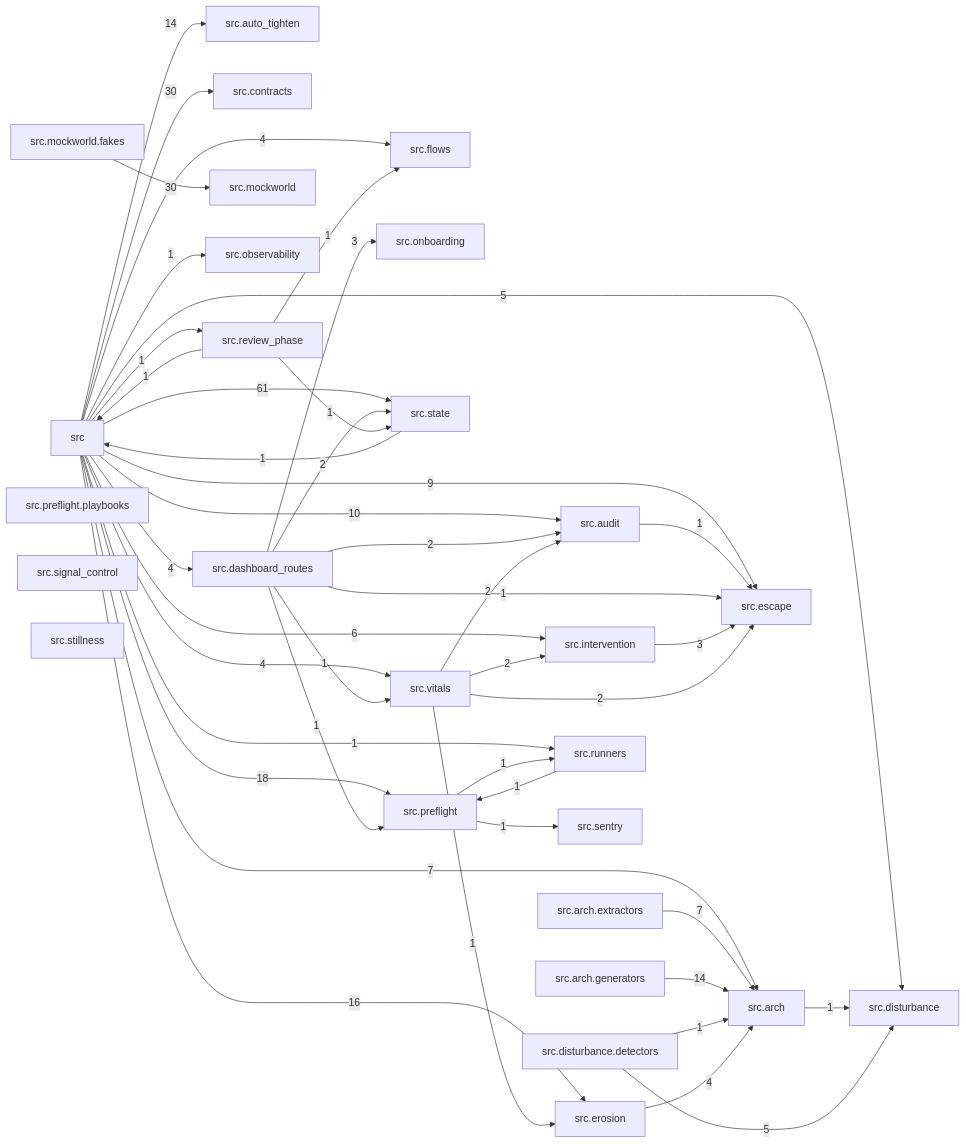
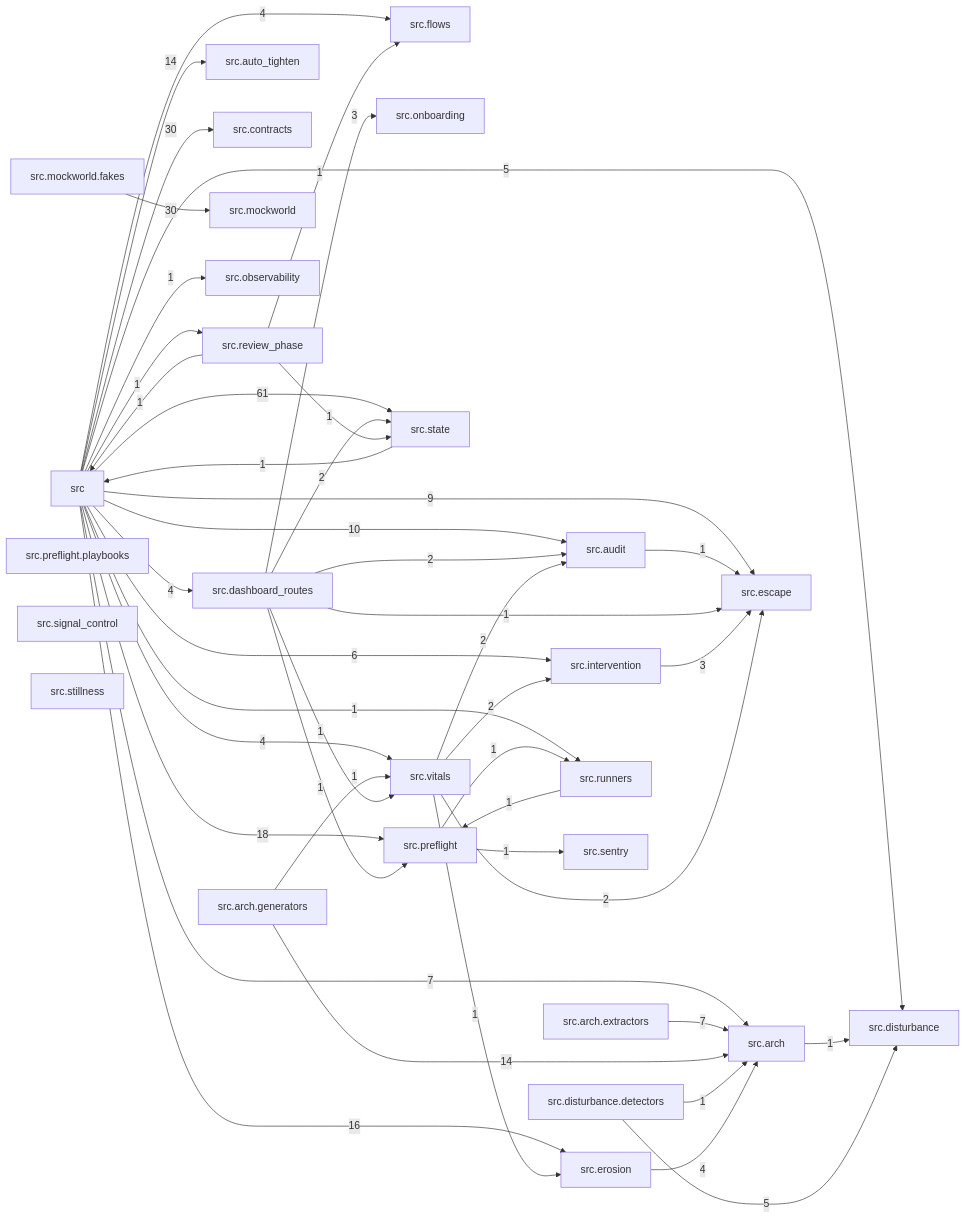
The diagram in docs/arch/generated/modules.md (T-rav/hydraflow), drawn with Mermaid before and after one commit. The commit also changed 8 other files, not shown here.

````diff
--- a/docs/arch/generated/modules.md
+++ b/docs/arch/generated/modules.md
@@ -7,72 +7,73 @@
 ```mermaid
 graph LR
     src["src"]
     src_arch["src.arch"]
     src_arch_extractors["src.arch.extractors"]
     src_arch_generators["src.arch.generators"]
     src_audit["src.audit"]
     src_auto_tighten["src.auto_tighten"]
     src_contracts["src.contracts"]
     src_dashboard_routes["src.dashboard_routes"]
     src_disturbance["src.disturbance"]
     src_disturbance_detectors["src.disturbance.detectors"]
     src_erosion["src.erosion"]
     src_escape["src.escape"]
     src_flows["src.flows"]
     src_intervention["src.intervention"]
     src_mockworld["src.mockworld"]
     src_mockworld_fakes["src.mockworld.fakes"]
     src_observability["src.observability"]
     src_onboarding["src.onboarding"]
     src_preflight["src.preflight"]
     src_preflight_playbooks["src.preflight.playbooks"]
     src_review_phase["src.review_phase"]
     src_runners["src.runners"]
     src_sentry["src.sentry"]
     src_signal_control["src.signal_control"]
     src_state["src.state"]
     src_stillness["src.stillness"]
     src_vitals["src.vitals"]
     src -- "7" --> src_arch
     src -- "10" --> src_audit
     src -- "14" --> src_auto_tighten
     src -- "30" --> src_contracts
     src -- "4" --> src_dashboard_routes
     src -- "5" --> src_disturbance
     src -- "16" --> src_erosion
     src -- "9" --> src_escape
     src -- "4" --> src_flows
     src -- "6" --> src_intervention
     src -- "1" --> src_observability
     src -- "18" --> src_preflight
     src -- "1" --> src_review_phase
     src -- "1" --> src_runners
     src -- "61" --> src_state
     src -- "4" --> src_vitals
     src_arch -- "1" --> src_disturbance
     src_arch_extractors -- "7" --> src_arch
     src_arch_generators -- "14" --> src_arch
+    src_arch_generators -- "1" --> src_vitals
     src_audit -- "1" --> src_escape
     src_dashboard_routes -- "2" --> src_audit
     src_dashboard_routes -- "1" --> src_escape
     src_dashboard_routes -- "3" --> src_onboarding
     src_dashboard_routes -- "1" --> src_preflight
     src_dashboard_routes -- "2" --> src_state
     src_dashboard_routes -- "1" --> src_vitals
     src_disturbance_detectors -- "1" --> src_arch
     src_disturbance_detectors -- "5" --> src_disturbance
     src_erosion -- "4" --> src_arch
     src_intervention -- "3" --> src_escape
     src_mockworld_fakes -- "30" --> src_mockworld
     src_preflight -- "1" --> src_runners
     src_preflight -- "1" --> src_sentry
     src_review_phase -- "1" --> src
     src_review_phase -- "1" --> src_flows
     src_review_phase -- "1" --> src_state
     src_runners -- "1" --> src_preflight
     src_state -- "1" --> src
     src_vitals -- "2" --> src_audit
     src_vitals -- "1" --> src_erosion
     src_vitals -- "2" --> src_escape
     src_vitals -- "2" --> src_intervention
 ```
````
